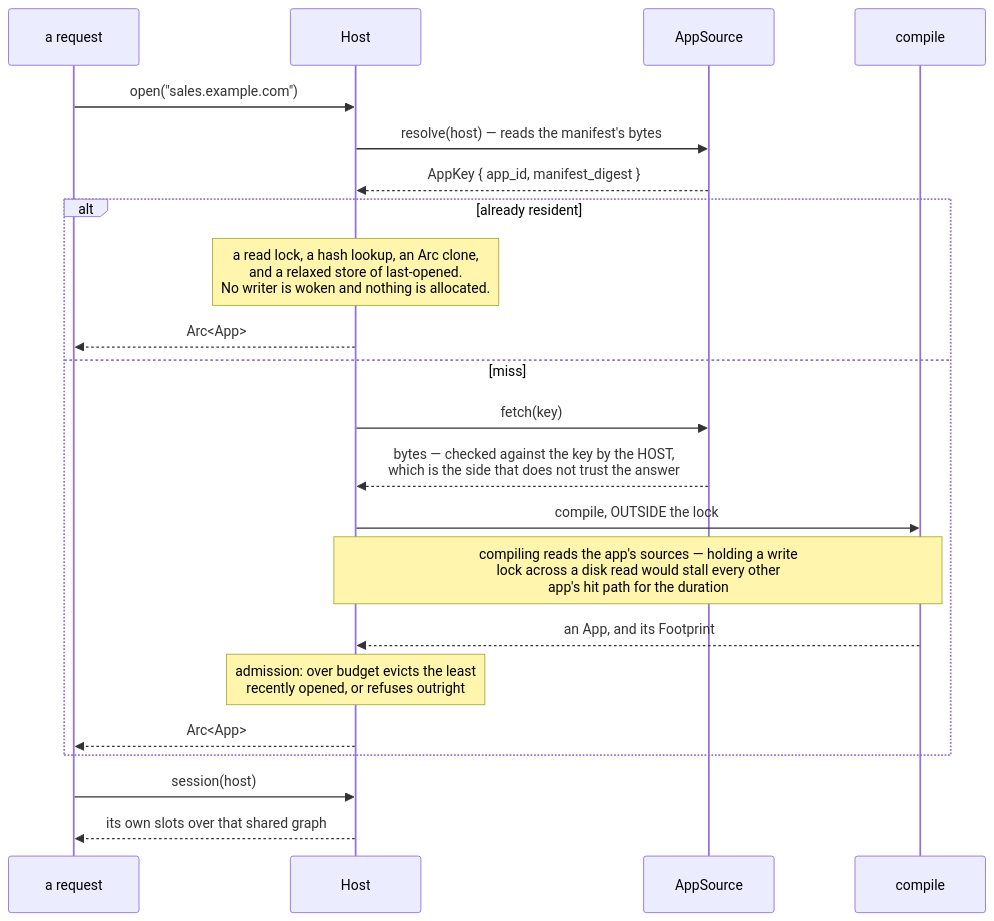
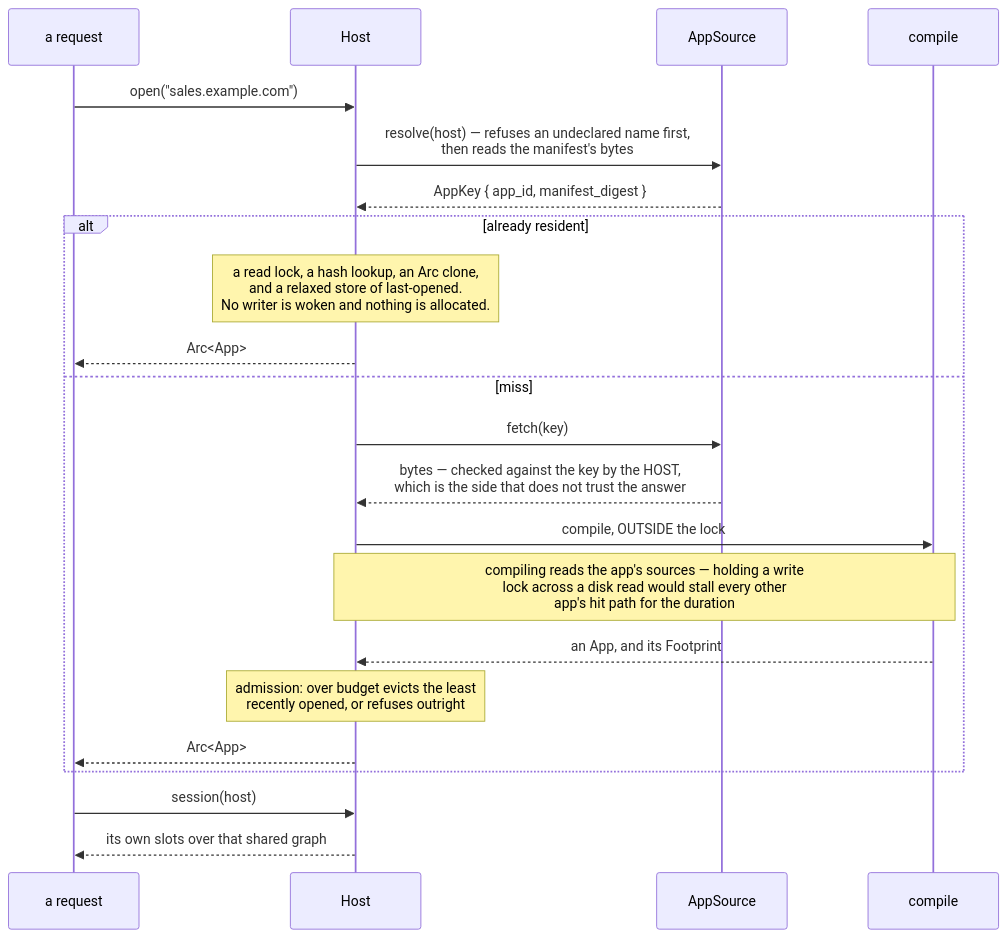
Before and after one commit to lucheeseng827/dagpane: the second of 2 diagrams in crates/host/README.md, drawn with Mermaid. The commit also changed other lines of this file and 103 other files, not shown here.

````diff
--- a/crates/host/README.md
+++ b/crates/host/README.md
@@ -52,27 +65,27 @@
 ```mermaid
 sequenceDiagram
     participant R as a request
     participant H as Host
     participant S as AppSource
     participant C as compile
 
     R->>H: open("sales.example.com")
-    H->>S: resolve(host) — reads the manifest's bytes
+    H->>S: resolve(host) — refuses an undeclared name first,<br/>then reads the manifest's bytes
     S-->>H: AppKey { app_id, manifest_digest }
 
     alt already resident
         Note over H: a read lock, a hash lookup, an Arc clone,<br/>and a relaxed store of last-opened.<br/>No writer is woken and nothing is allocated.
         H-->>R: Arc<App>
     else miss
         H->>S: fetch(key)
         S-->>H: bytes — checked against the key by the HOST,<br/>which is the side that does not trust the answer
         H->>C: compile, OUTSIDE the lock
         Note over H,C: compiling reads the app's sources — holding a write<br/>lock across a disk read would stall every other<br/>app's hit path for the duration
         C-->>H: an App, and its Footprint
         Note over H: admission: over budget evicts the least<br/>recently opened, or refuses outright
         H-->>R: Arc<App>
     end
 
     R->>H: session(host)
     H-->>R: its own slots over that shared graph
 ```
````
